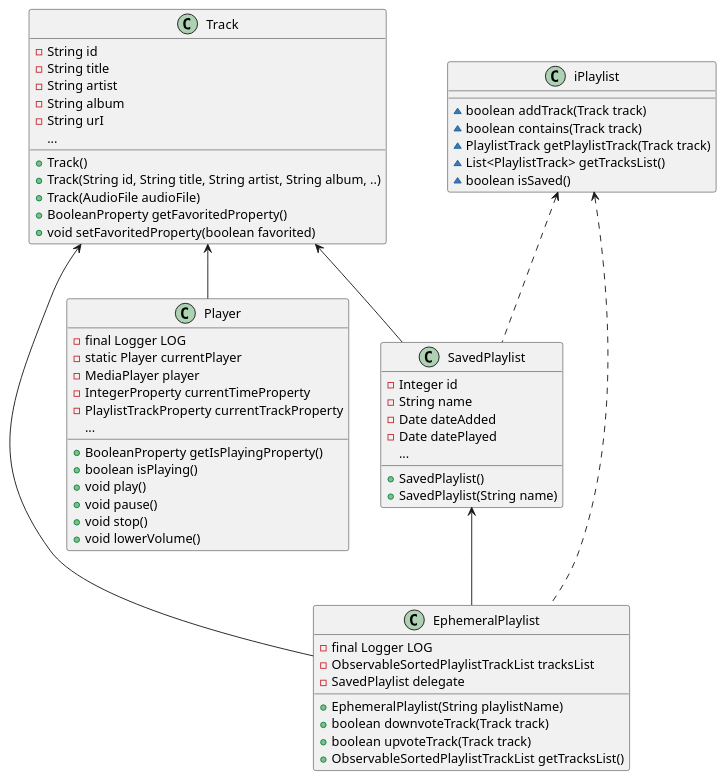
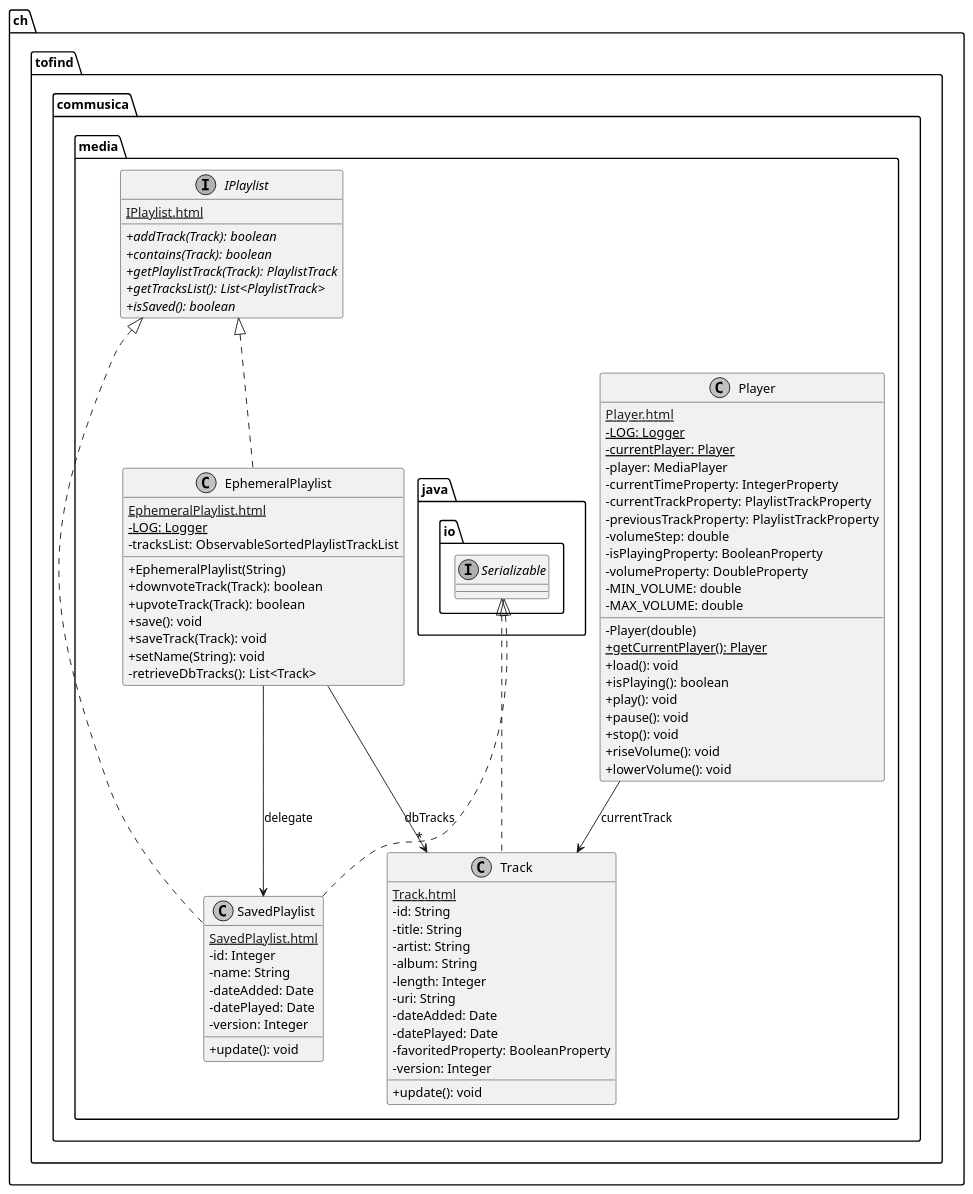
Before and after one commit to heig-vd-pro2017/projet: the diagram in doc/PRO/UML/media.puml, drawn with PlantUML. The commit also changed 15 other files, not shown here.

Commit message:
UML schemas done

```diff
--- a/doc/PRO/UML/media.puml
+++ b/doc/PRO/UML/media.puml
@@ -1,81 +1,96 @@
 @startuml
 
+    skinparam monochrome true
+    skinparam classAttributeIconSize 0
 
-class EphemeralPlaylist{
--final Logger LOG
--ObservableSortedPlaylistTrackList tracksList
--SavedPlaylist delegate
+    namespace ch.tofind.commusica.media {
 
-+EphemeralPlaylist(String playlistName)
-+boolean downvoteTrack(Track track)
-+boolean upvoteTrack(Track track)
-+ObservableSortedPlaylistTrackList getTracksList()
+        interface IPlaylist {
+            [[IPlaylist.html]]
+            {abstract} +addTrack(Track): boolean
+            {abstract} +contains(Track): boolean
+            {abstract} +getPlaylistTrack(Track): PlaylistTrack
+            {abstract} +getTracksList(): List<PlaylistTrack>
+            {abstract} +isSaved(): boolean
+        }
 
-}
+        class SavedPlaylist {
+            [[SavedPlaylist.html]]
+            -id: Integer
+            -name: String
+            -dateAdded: Date
+            -datePlayed: Date
+            -version: Integer
+            +update(): void
+        }
 
-class SavedPlaylist{
--Integer id
--String name
--Date dateAdded
--Date datePlayed
-...
-+SavedPlaylist()
-+SavedPlaylist(String name)
-}
+        class EphemeralPlaylist {
+            [[EphemeralPlaylist.html]]
+            {static} -LOG: Logger
+            -tracksList: ObservableSortedPlaylistTrackList
+            +EphemeralPlaylist(String)
+            +downvoteTrack(Track): boolean
+            +upvoteTrack(Track): boolean
+            +save(): void
+            +saveTrack(Track): void
+            +setName(String): void
+            -retrieveDbTracks(): List<Track>
+        }
 
-class Track{
--String id
--String title
--String artist
--String album
--String urI
-...
+        class Track {
+            [[Track.html]]
+            -id: String
+            -title: String
+            -artist: String
+            -album: String
+            -length: Integer
+            -uri: String
+            -dateAdded: Date
+            -datePlayed: Date
+            -favoritedProperty: BooleanProperty
+            -version: Integer
+            +update(): void
+        }
 
-+Track()
-+Track(String id, String title, String artist, String album, ..)
-+Track(AudioFile audioFile)
-+BooleanProperty getFavoritedProperty()
-+void setFavoritedProperty(boolean favorited)
+        class Player {
+            [[Player.html]]
+            {static} -LOG: Logger
+            {static} -currentPlayer: Player
+            -player: MediaPlayer
+            -currentTimeProperty: IntegerProperty
+            -currentTrackProperty: PlaylistTrackProperty
+            -previousTrackProperty: PlaylistTrackProperty
+            -volumeStep: double
+            -isPlayingProperty: BooleanProperty
+            -volumeProperty: DoubleProperty
+            -MIN_VOLUME: double
+            -MAX_VOLUME: double
+            -Player(double)
+            {static} +getCurrentPlayer(): Player
+            +load(): void
+            +isPlaying(): boolean
+            +play(): void
+            +pause(): void
+            +stop(): void
+            +riseVolume(): void
+            +lowerVolume(): void
+        }
 
+        interface java.io.Serializable
+        java.io.Serializable <|.. SavedPlaylist
 
-}
+        IPlaylist <|.. SavedPlaylist
 
-class iPlaylist{
-~boolean addTrack(Track track)
-~boolean contains(Track track)
-~PlaylistTrack getPlaylistTrack(Track track)
-~ List<PlaylistTrack> getTracksList()
-~boolean isSaved()
-}
+        IPlaylist <|.. EphemeralPlaylist
 
-class Player{
--final Logger LOG
--static Player currentPlayer
--MediaPlayer player
--IntegerProperty currentTimeProperty
--PlaylistTrackProperty currentTrackProperty
-...
+        java.io.Serializable <|.. Track
 
-+BooleanProperty getIsPlayingProperty()
-+boolean isPlaying()
-+void play()
-+void pause()
-+void stop()
-+void lowerVolume()
+        EphemeralPlaylist --> "*" Track: dbTracks
 
-}
+        EphemeralPlaylist --> SavedPlaylist: delegate
 
+        Player --> Track: currentTrack
 
-Track <-- EphemeralPlaylist
-
-SavedPlaylist <-- EphemeralPlaylist
-Track <-- SavedPlaylist
-
-iPlaylist <.. SavedPlaylist
-iPlaylist <.. EphemeralPlaylist
-Track <-- Player
-
-
-
+    }
 
 @enduml
```
